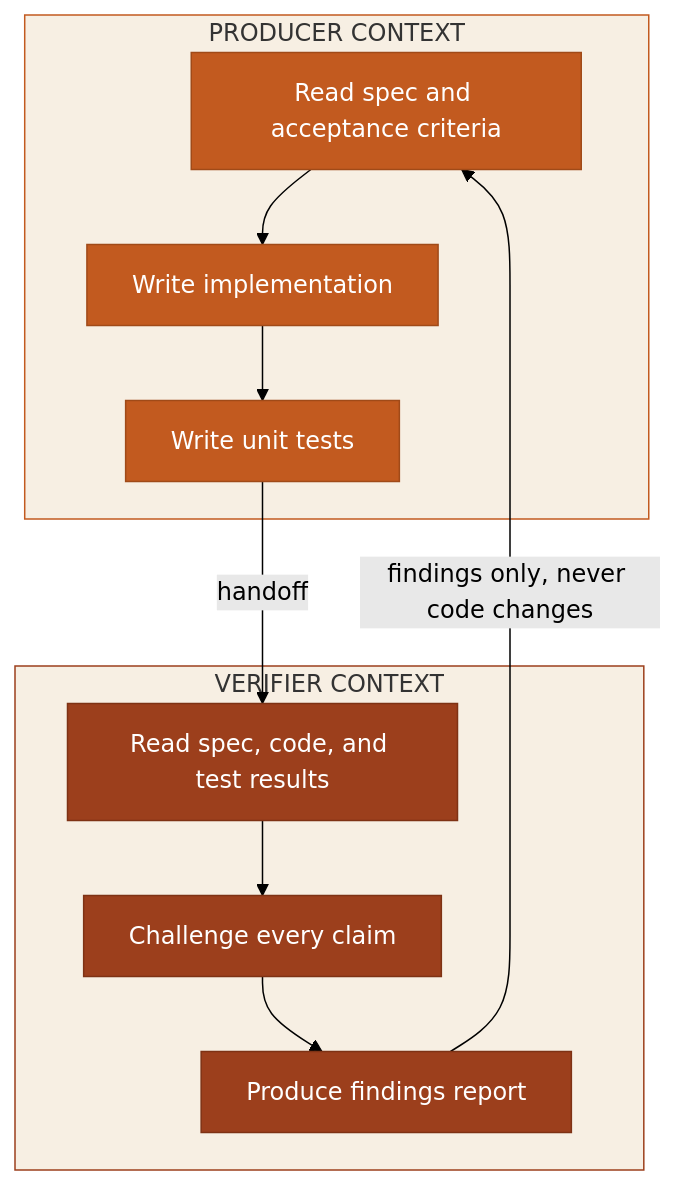
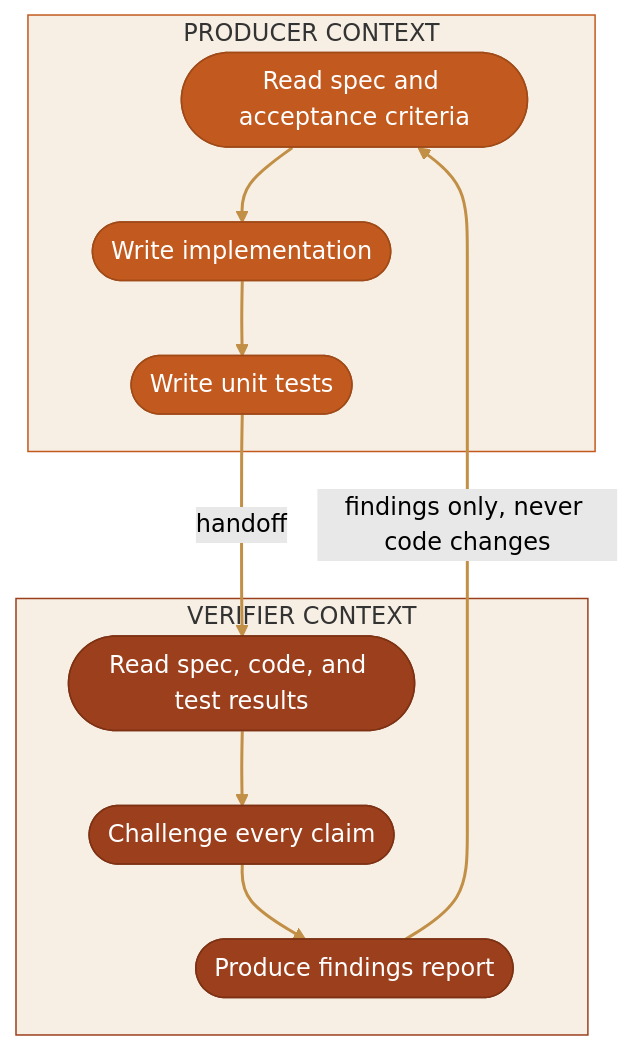
One commit to iamsteveholmes/momentum changed the second of 4 diagrams in docs/philosophy.md. Above: the diagram before and after it, drawn with Mermaid (forest theme). The commit also changed other lines of this file and 1 other file, not shown here.

First line of the commit message:
feat(design): stadium-pill nodes and warm sand arrows in all Mermaid diagrams

````diff
--- a/docs/philosophy.md
+++ b/docs/philosophy.md
@@ -37,28 +38,29 @@
 ```mermaid
 graph TD
     subgraph producer ["PRODUCER CONTEXT"]
-        P1["Read spec and acceptance criteria"]
-        P2["Write implementation"]
-        P3["Write unit tests"]
+        P1(["Read spec and acceptance criteria"])
+        P2(["Write implementation"])
+        P3(["Write unit tests"])
         P1 --> P2 --> P3
     end
 
     subgraph verifier ["VERIFIER CONTEXT"]
-        V1["Read spec, code, and test results"]
-        V2["Challenge every claim"]
-        V3["Produce findings report"]
+        V1(["Read spec, code, and test results"])
+        V2(["Challenge every claim"])
+        V3(["Produce findings report"])
         V1 --> V2 --> V3
     end
 
     P3 -- "handoff" --> V1
     V3 -- "findings only, never code changes" --> P1
 
     style producer fill:#F7EFE3,stroke:#C25A1F,color:#333
     style verifier fill:#F7EFE3,stroke:#9C3F1C,color:#333
     style P1 fill:#C25A1F,stroke:#A04A18,color:#fff
     style P2 fill:#C25A1F,stroke:#A04A18,color:#fff
     style P3 fill:#C25A1F,stroke:#A04A18,color:#fff
     style V1 fill:#9C3F1C,stroke:#7E3214,color:#fff
     style V2 fill:#9C3F1C,stroke:#7E3214,color:#fff
     style V3 fill:#9C3F1C,stroke:#7E3214,color:#fff
+    linkStyle default stroke:#C28F47,stroke-width:2px
 ```
````
